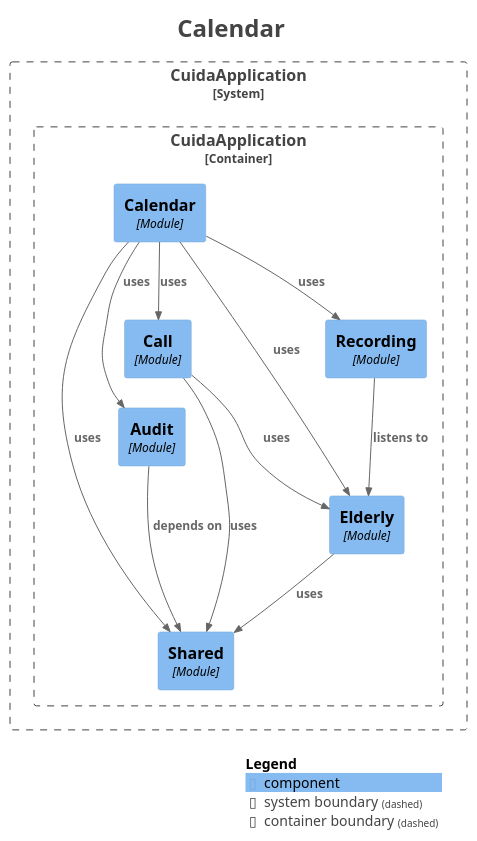
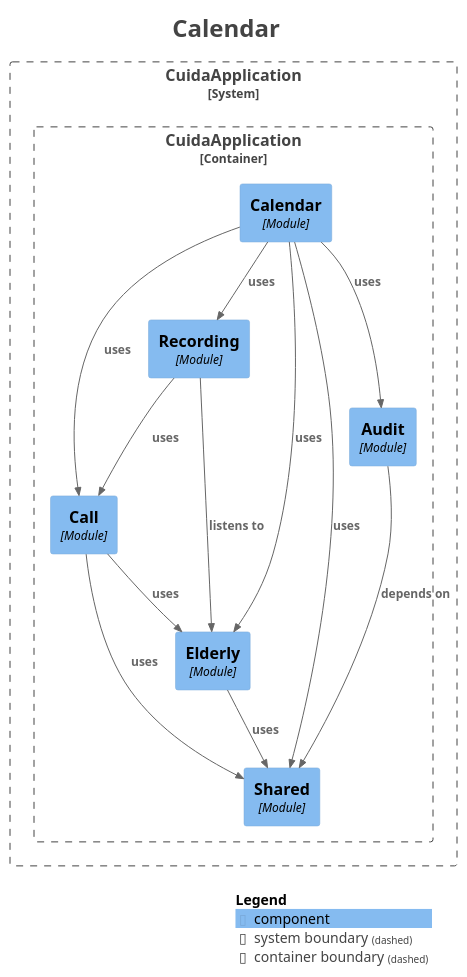
Before and after one commit to Rodrimir/alo_diario: the diagram in docs/modules/module-calendar.puml, drawn with PlantUML. The commit also changed 29 other files, not shown here.

```diff
--- a/docs/modules/module-calendar.puml
+++ b/docs/modules/module-calendar.puml
@@ -1,43 +1,44 @@
 @startuml
 title <size:24>Calendar</size>
 
 set separator none
 top to bottom direction
 
 <style>
   root {
     BackgroundColor: #ffffff
     FontColor: #444444
   }
 </style>
 
 !include <C4/C4>
 !include <C4/C4_Context>
 !include <C4/C4_Component>
 
 System_Boundary("CuidaApplication_boundary", "CuidaApplication", $tags="") {
   Container_Boundary("CuidaApplication.CuidaApplication_boundary", "CuidaApplication", $tags="") {
     Component(CuidaApplication.CuidaApplication.Call, "Call", $techn="Module", $descr="", $tags="", $link="")
+    Component(CuidaApplication.CuidaApplication.Recording, "Recording", $techn="Module", $descr="", $tags="", $link="")
     Component(CuidaApplication.CuidaApplication.Calendar, "Calendar", $techn="Module", $descr="", $tags="", $link="")
     Component(CuidaApplication.CuidaApplication.Shared, "Shared", $techn="Module", $descr="", $tags="", $link="")
     Component(CuidaApplication.CuidaApplication.Audit, "Audit", $techn="Module", $descr="", $tags="", $link="")
     Component(CuidaApplication.CuidaApplication.Elderly, "Elderly", $techn="Module", $descr="", $tags="", $link="")
-    Component(CuidaApplication.CuidaApplication.Recording, "Recording", $techn="Module", $descr="", $tags="", $link="")
   }
 
 }
 
 Rel(CuidaApplication.CuidaApplication.Audit, CuidaApplication.CuidaApplication.Shared, "depends on", $techn="", $tags="", $link="")
 Rel(CuidaApplication.CuidaApplication.Calendar, CuidaApplication.CuidaApplication.Audit, "uses", $techn="", $tags="", $link="")
 Rel(CuidaApplication.CuidaApplication.Calendar, CuidaApplication.CuidaApplication.Call, "uses", $techn="", $tags="", $link="")
 Rel(CuidaApplication.CuidaApplication.Calendar, CuidaApplication.CuidaApplication.Elderly, "uses", $techn="", $tags="", $link="")
 Rel(CuidaApplication.CuidaApplication.Calendar, CuidaApplication.CuidaApplication.Recording, "uses", $techn="", $tags="", $link="")
 Rel(CuidaApplication.CuidaApplication.Calendar, CuidaApplication.CuidaApplication.Shared, "uses", $techn="", $tags="", $link="")
 Rel(CuidaApplication.CuidaApplication.Call, CuidaApplication.CuidaApplication.Elderly, "uses", $techn="", $tags="", $link="")
 Rel(CuidaApplication.CuidaApplication.Call, CuidaApplication.CuidaApplication.Shared, "uses", $techn="", $tags="", $link="")
 Rel(CuidaApplication.CuidaApplication.Elderly, CuidaApplication.CuidaApplication.Shared, "uses", $techn="", $tags="", $link="")
+Rel(CuidaApplication.CuidaApplication.Recording, CuidaApplication.CuidaApplication.Call, "uses", $techn="", $tags="", $link="")
 Rel(CuidaApplication.CuidaApplication.Recording, CuidaApplication.CuidaApplication.Elderly, "listens to", $techn="", $tags="", $link="")
 
 SHOW_LEGEND(true)
 hide stereotypes
 @enduml
```
